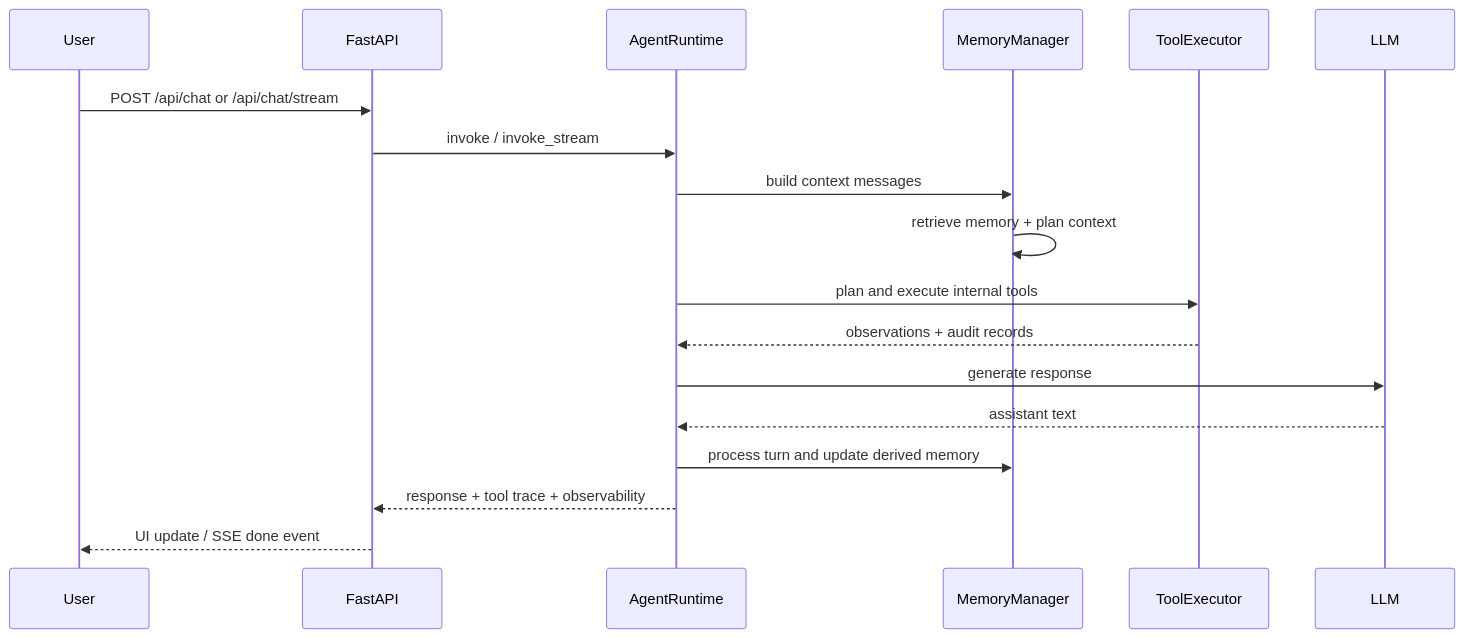
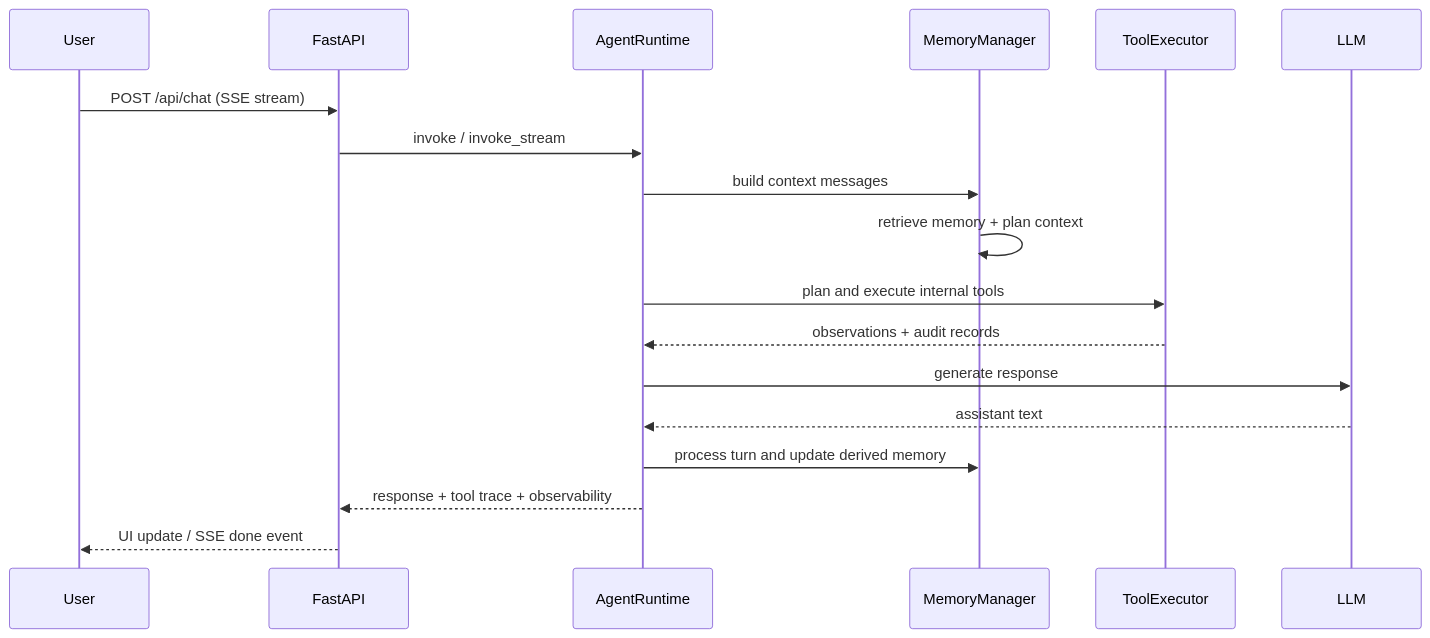
Before and after one commit to fcsfang/workmate-agent: the second of 5 diagrams in docs/ARCHITECTURE_WALKTHROUGH.md, drawn with Mermaid. The commit also changed other lines of this file and 23 other files, not shown here.

````diff
--- a/docs/ARCHITECTURE_WALKTHROUGH.md
+++ b/docs/ARCHITECTURE_WALKTHROUGH.md
@@ -39,21 +39,21 @@
 ```mermaid
 sequenceDiagram
     participant U as User
     participant API as FastAPI
     participant R as AgentRuntime
     participant M as MemoryManager
     participant T as ToolExecutor
     participant L as LLM
 
-    U->>API: POST /api/chat or /api/chat/stream
+    U->>API: POST /api/chat (SSE stream)
     API->>R: invoke / invoke_stream
     R->>M: build context messages
     M->>M: retrieve memory + plan context
     R->>T: plan and execute internal tools
     T-->>R: observations + audit records
     R->>L: generate response
     L-->>R: assistant text
     R->>M: process turn and update derived memory
     R-->>API: response + tool trace + observability
     API-->>U: UI update / SSE done event
 ```
````
